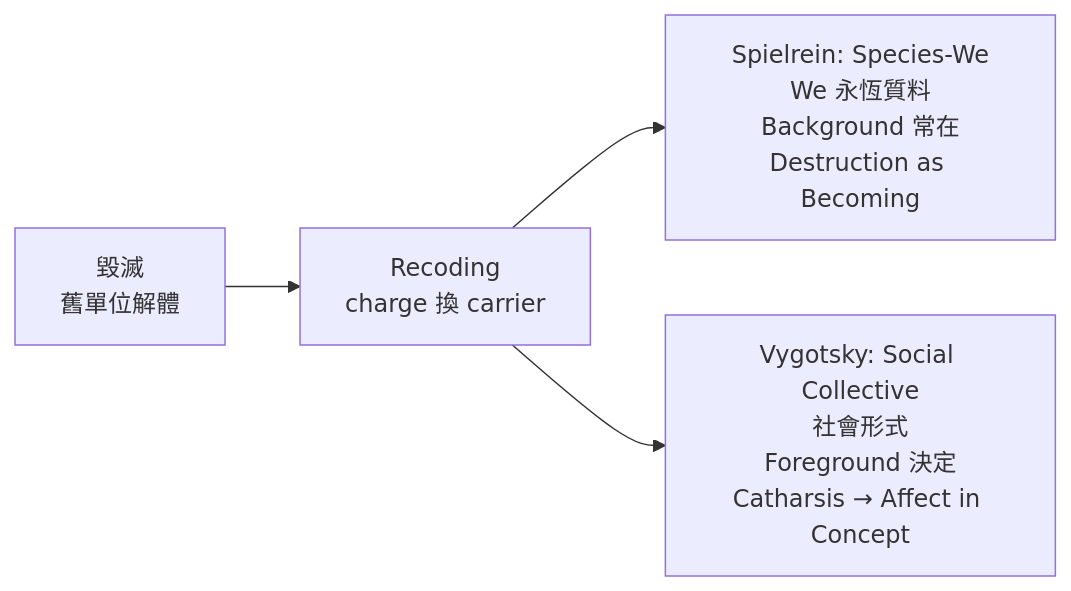
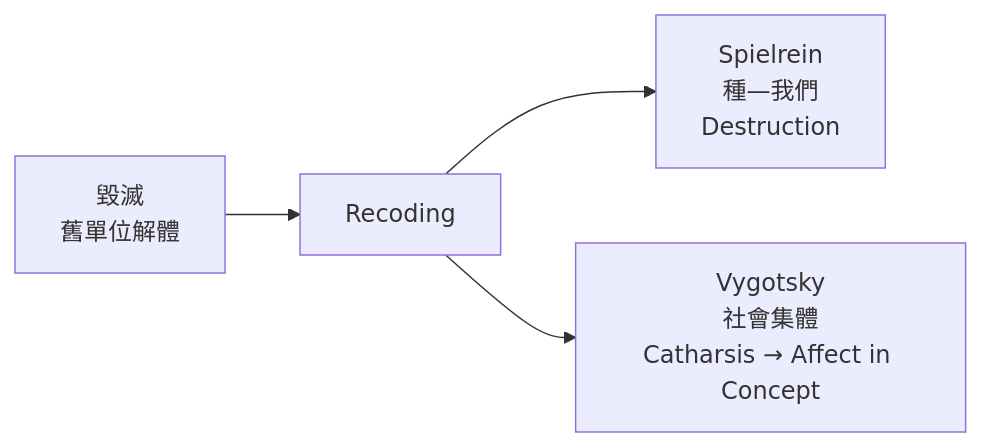
Before and after one commit to octobersayhi/vygotsky-psy: the second of 4 diagrams in docs/horizon-threshold-complementarity-paper.md, drawn with Mermaid. The commit also changed other lines of this file and 1 other file, not shown here.

Commit message:
paper+web: simplify mermaid (4 charts), add glossary with tooltips, improve citation styling, mobile polish

````diff
--- a/docs/horizon-threshold-complementarity-paper.md
+++ b/docs/horizon-threshold-complementarity-paper.md
@@ -125,6 +128,6 @@
 ```mermaid
 flowchart LR
-    D["毀滅<br/>舊單位解體"] --> R["Recoding<br/>charge 換 carrier"]
-    R --> N1["Spielrein: Species-We<br/>We 永恆質料<br/>Background 常在<br/>Destruction as Becoming"]
-    R --> N2["Vygotsky: Social Collective<br/>社會形式<br/>Foreground 決定<br/>Catharsis → Affect in Concept"]
+    D["毀滅<br/>舊單位解體"] --> R["Recoding"]
+    R --> S["Spielrein<br/>種—我們<br/>Destruction"]
+    R --> V["Vygotsky<br/>社會集體<br/>Catharsis → Affect in Concept"]
 ```
````
